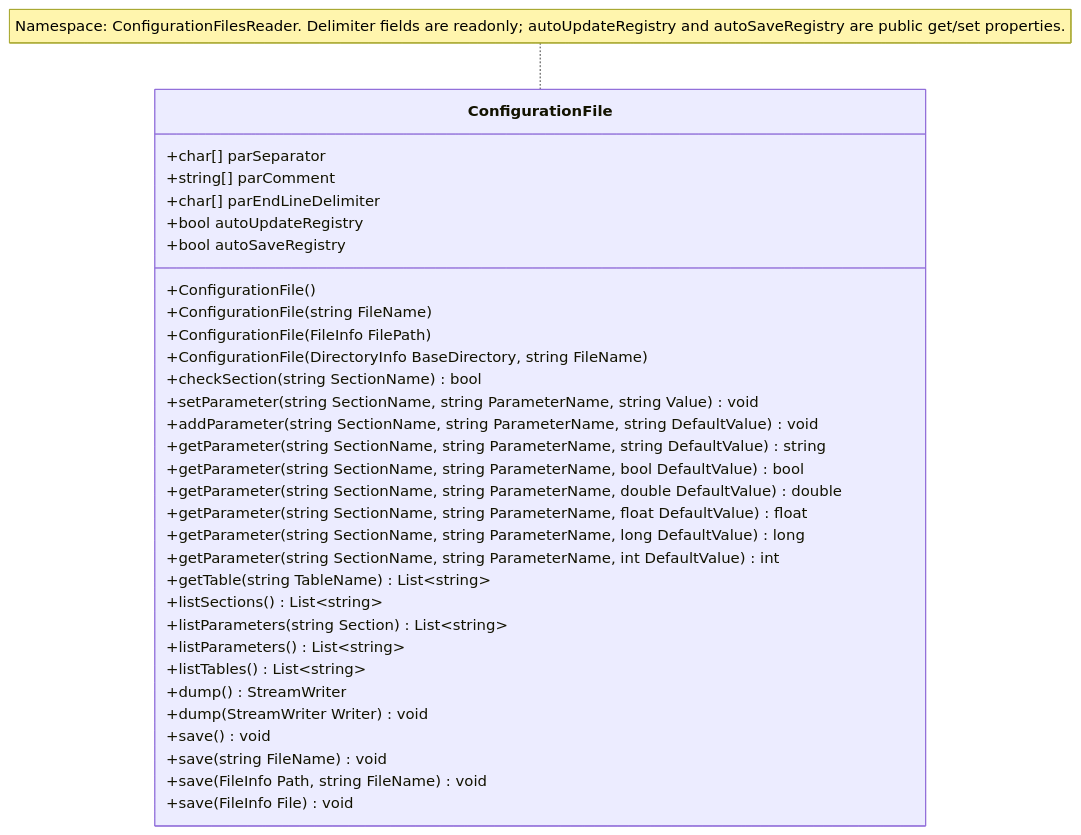
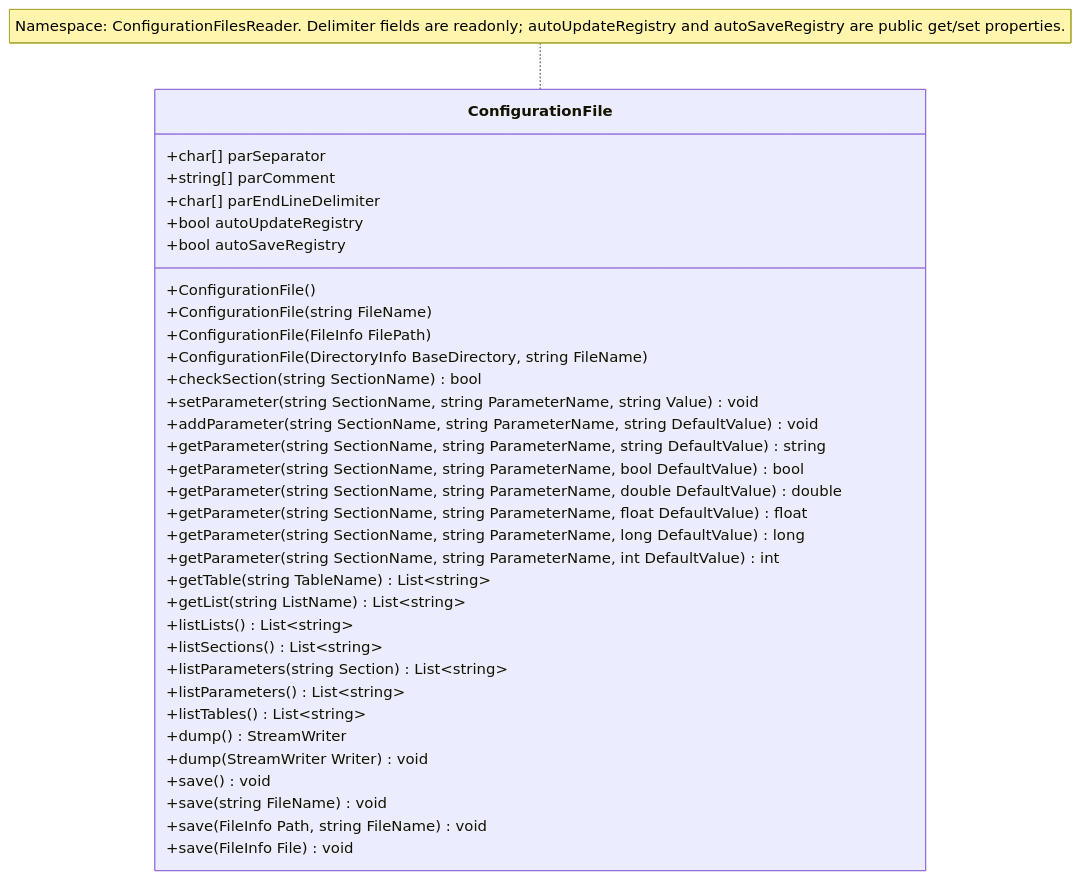
One commit to delloiaconos/IniLike changed the diagram in README.md. Above: the diagram before and after it, drawn with Mermaid. The commit also changed other lines of this file and 2 other files, not shown here.

Commit message:
Added support for lists.

````diff
--- a/README.md
+++ b/README.md
@@ -90,35 +96,37 @@
 ```mermaid
 classDiagram
     class ConfigurationFile {
         +char[] parSeparator
         +string[] parComment
         +char[] parEndLineDelimiter
         +bool autoUpdateRegistry
         +bool autoSaveRegistry
         +ConfigurationFile()
         +ConfigurationFile(string FileName)
         +ConfigurationFile(FileInfo FilePath)
         +ConfigurationFile(DirectoryInfo BaseDirectory, string FileName)
         +checkSection(string SectionName) bool
         +setParameter(string SectionName, string ParameterName, string Value) void
         +addParameter(string SectionName, string ParameterName, string DefaultValue) void
         +getParameter(string SectionName, string ParameterName, string DefaultValue) string
         +getParameter(string SectionName, string ParameterName, bool DefaultValue) bool
         +getParameter(string SectionName, string ParameterName, double DefaultValue) double
         +getParameter(string SectionName, string ParameterName, float DefaultValue) float
         +getParameter(string SectionName, string ParameterName, long DefaultValue) long
         +getParameter(string SectionName, string ParameterName, int DefaultValue) int
         +getTable(string TableName) List~string~
+        +getList(string ListName) List~string~
+        +listLists() List~string~
         +listSections() List~string~
         +listParameters(string Section) List~string~
         +listParameters() List~string~
         +listTables() List~string~
         +dump() StreamWriter
         +dump(StreamWriter Writer) void
         +save() void
         +save(string FileName) void
         +save(FileInfo Path, string FileName) void
         +save(FileInfo File) void
     }
     note for ConfigurationFile "Namespace: ConfigurationFilesReader. Delimiter fields are readonly; autoUpdateRegistry and autoSaveRegistry are public get/set properties."
 ```
````
